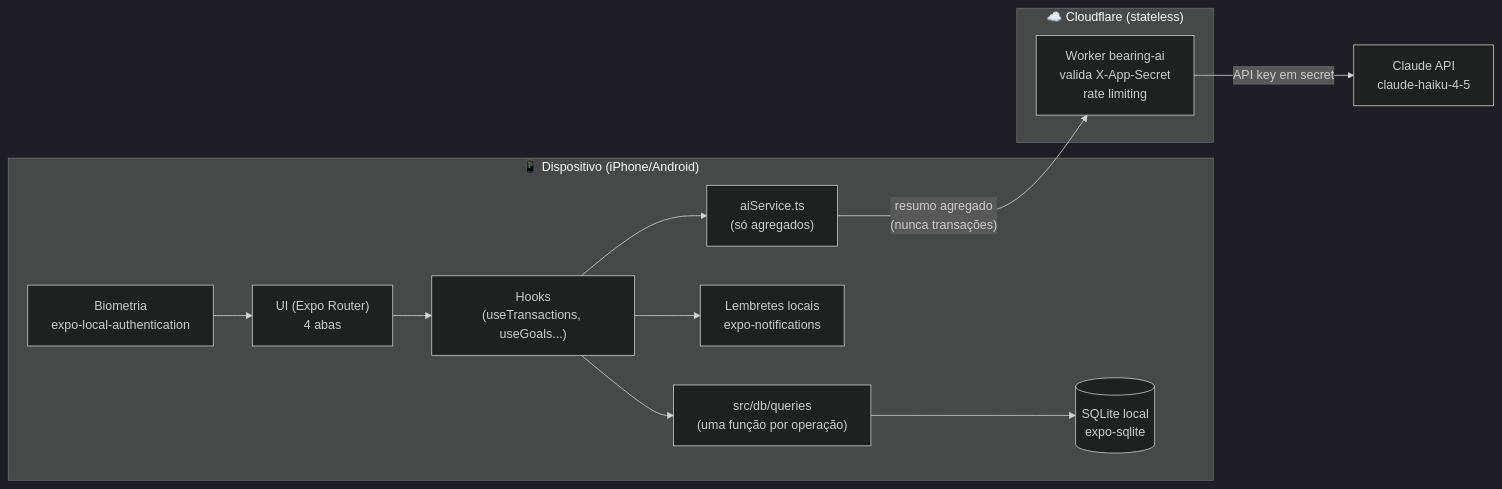
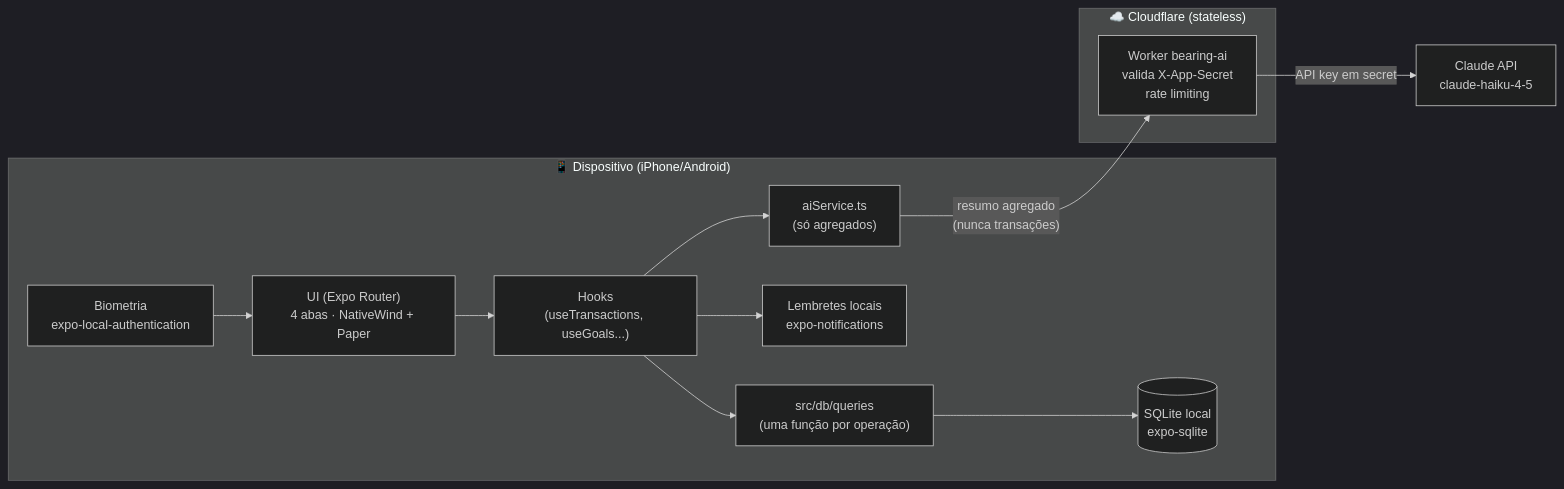
The diagram in ARCHITECTURE.md (PedroAzevedo141/Bearing), drawn with Mermaid (dark theme) before and after one commit. The commit also changed other lines of this file and 1 other file, not shown here.

Commit message:
docs: fecha documentação da sprint (diagrama, índice de ADRs, changelog)
Corrige o diagrama Mermaid em ARCHITECTURE.md (\n não renderizava quebra
de linha no preview do GitHub — trocado por <br/>), adiciona ADR-0005 e
ADR-0006 ao índice e à tabela de decisões-chave, e consolida todas as
mudanças da sprint em CHANGELOG.md [Não lançado] (Adicionado + Corrigido).

````diff
--- a/ARCHITECTURE.md
+++ b/ARCHITECTURE.md
@@ -7,25 +7,25 @@
 ```mermaid
 flowchart LR
     subgraph Dispositivo["📱 Dispositivo (iPhone/Android)"]
-        UI["UI (Expo Router)\n4 abas"]
-        Hooks["Hooks\n(useTransactions, useGoals...)"]
-        Queries["src/db/queries\n(uma função por operação)"]
-        DB[("SQLite local\nexpo-sqlite")]
-        Bio["Biometria\nexpo-local-authentication"]
-        Notif["Lembretes locais\nexpo-notifications"]
-        AiSvc["aiService.ts\n(só agregados)"]
+        UI["UI (Expo Router)<br/>4 abas · NativeWind + Paper"]
+        Hooks["Hooks<br/>(useTransactions, useGoals...)"]
+        Queries["src/db/queries<br/>(uma função por operação)"]
+        DB[("SQLite local<br/>expo-sqlite")]
+        Bio["Biometria<br/>expo-local-authentication"]
+        Notif["Lembretes locais<br/>expo-notifications"]
+        AiSvc["aiService.ts<br/>(só agregados)"]
     end
 
     subgraph Cloudflare["☁️ Cloudflare (stateless)"]
-        Worker["Worker bearing-ai\nvalida X-App-Secret\nrate limiting"]
+        Worker["Worker bearing-ai<br/>valida X-App-Secret<br/>rate limiting"]
     end
 
-    Anthropic["Claude API\nclaude-haiku-4-5"]
+    Anthropic["Claude API<br/>claude-haiku-4-5"]
 
     Bio --> UI
     UI --> Hooks --> Queries --> DB
     Hooks --> AiSvc
     Hooks --> Notif
-    AiSvc -- "resumo agregado\n(nunca transações)" --> Worker
+    AiSvc -- "resumo agregado<br/>(nunca transações)" --> Worker
     Worker -- "API key em secret" --> Anthropic
 ```
````
